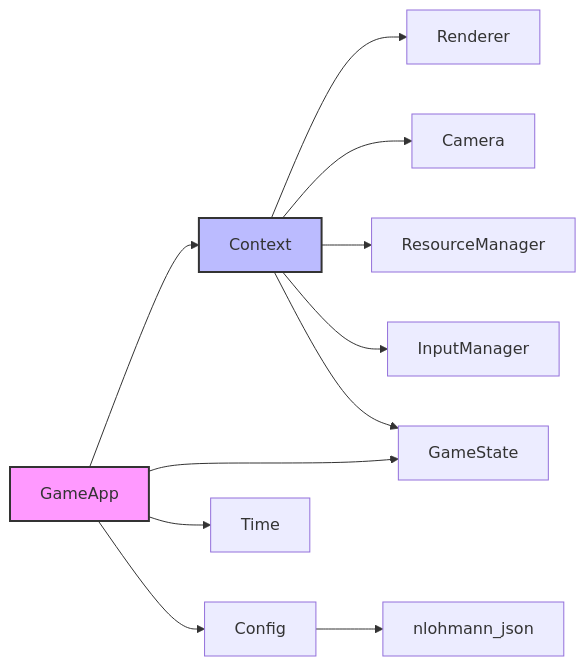
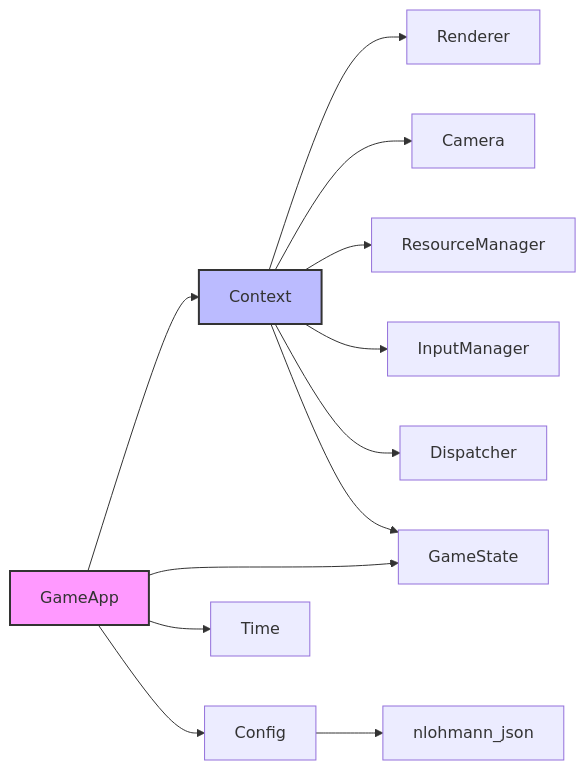
The fifth of 5 diagrams in doc/engine/core/README.md (hezhangtdzs/MonsterWar), drawn with Mermaid before and after one commit. The commit also changed other lines of this file and 98 other files, not shown here.

````diff
--- a/doc/engine/core/README.md
+++ b/doc/engine/core/README.md
@@ -339,18 +491,19 @@
 ```mermaid
 graph LR
     GameApp --> Context
     GameApp --> Config
     GameApp --> GameState
     GameApp --> Time
     
     Context --> Renderer
     Context --> Camera
     Context --> ResourceManager
     Context --> InputManager
     Context --> GameState
+    Context --> Dispatcher
     
     Config --> nlohmann_json
     
     style GameApp fill:#f9f,stroke:#333,stroke-width:2px
     style Context fill:#bbf,stroke:#333,stroke-width:2px
 ```
````
